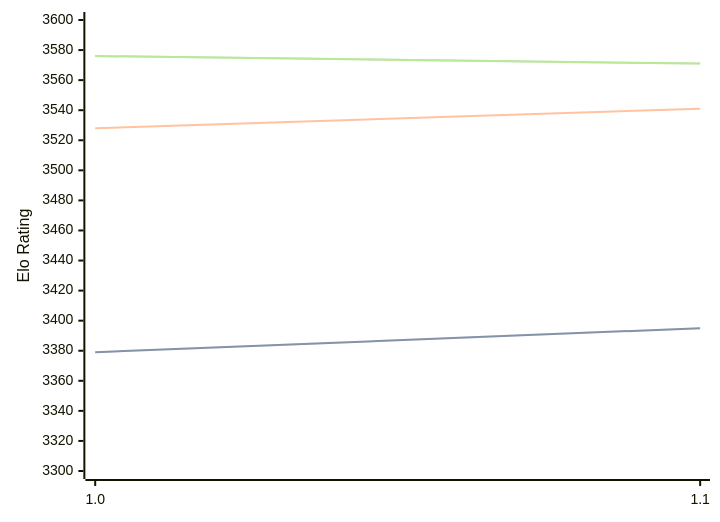
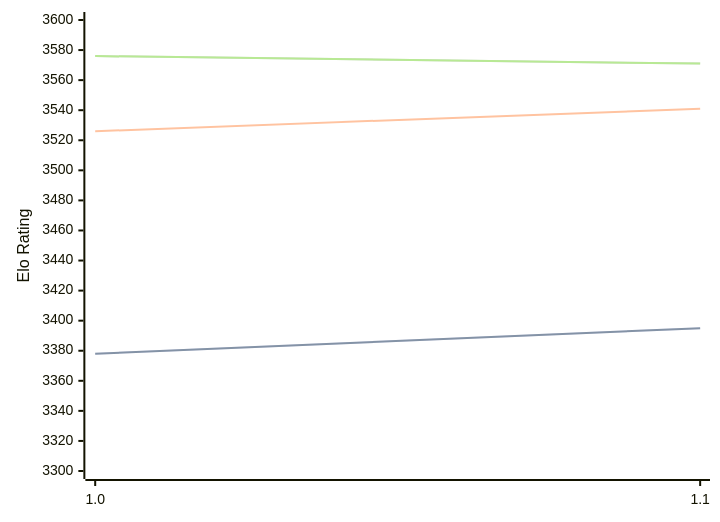
Before and after one commit to computer-chess-index/cci: the diagram in engines/Horsie.md, drawn with Mermaid. The commit also changed other lines of this file, not shown here.

Commit message:
Update CCI Ratings (ELO VLTC) - 2026-03-04

````diff
--- a/engines/Horsie.md
+++ b/engines/Horsie.md
@@ -30,11 +30,11 @@
 ```mermaid
 %%{init: {"theme":"base","themeVariables":{"seriesColors:['#a3a3a3','#222221','#faa371']}}}%%
 xychart-beta
   x-axis ["1.0", "1.1"]
   y-axis "Elo Rating" 3300 --> 3600
-  line "STC (8.0+0.08s)" [3379, 3395]
-  line "STC (8.0+0.08s)" [3379, 3395]
-  line "LTC (60.0+0.60s)" [3528, 3541]
+  line "STC (8.0+0.08s)" [3378, 3395]
+  line "STC (8.0+0.08s)" [3378, 3395]
+  line "LTC (60.0+0.60s)" [3526, 3541]
   line "VLTC (2m24s+1.12s)" [3576, 3571]
   line "VLTC (2m24s+1.12s)" [3576, 3571]
 ```
````
